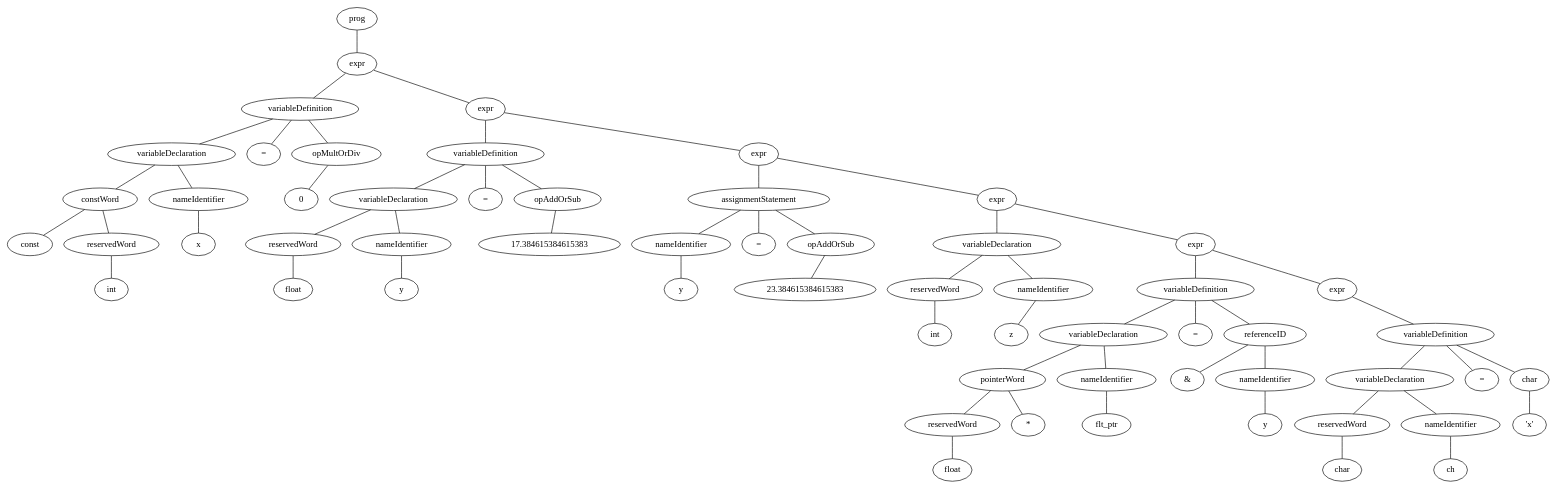
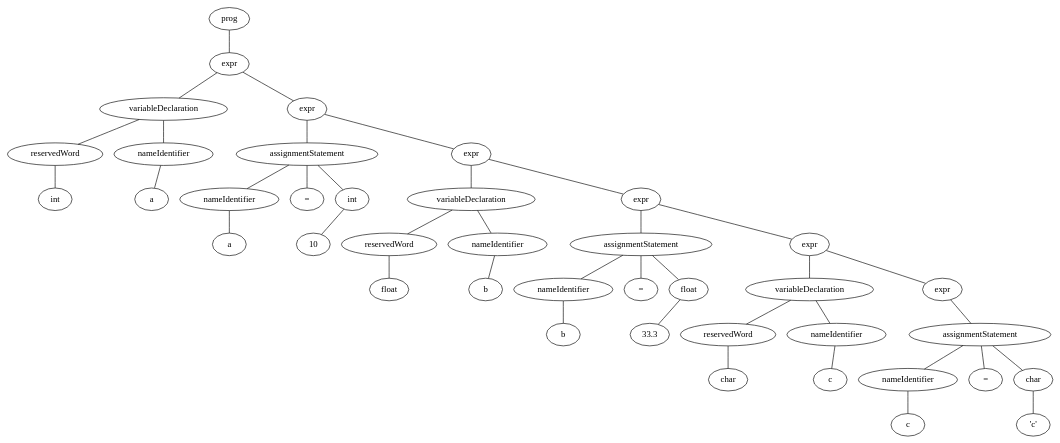
One commit to Marcel-aka-Satum/Compilers changed the diagram in TestenExpectedOutput/correctTests/variables.c.ast.dot. Above: the diagram before and after it, drawn with Graphviz. The commit also changed 75 other files, not shown here.

```diff
--- a/TestenExpectedOutput/correctTests/variables.c.ast.dot
+++ b/TestenExpectedOutput/correctTests/variables.c.ast.dot
@@ -1,121 +1,81 @@
 graph ast { 
-<AST.AST object at 0x7fc8c07edee0>[label="prog"] 
-<AST.AST object at 0x7fc8c072ce20>[label="expr"] 
-<AST.AST object at 0x7fc8c073f160>[label="variableDefinition"] 
-<AST.AST object at 0x7fc8c073f3a0>[label="variableDeclaration"] 
-<AST.AST object at 0x7fc8c073ff40>[label="constWord"] 
-<AST.AST object at 0x7fc8c072eaf0>[label="const"] 
-<AST.AST object at 0x7fc8c072ec10>[label="reservedWord"] 
-<AST.AST object at 0x7fc8c072e550>[label="int"] 
-<AST.AST object at 0x7fc8c072eb20>[label="nameIdentifier"] 
-<AST.AST object at 0x7fc8c072ebb0>[label="x"] 
-<AST.AST object at 0x7fc8c073f430>[label="="] 
-<AST.AST object at 0x7fc8c070c520>[label="opMultOrDiv"] 
-<AST.AST object at 0x7fc8c070cd00>[label="0"] 
-<AST.AST object at 0x7fc8c072c130>[label="expr"] 
-<AST.AST object at 0x7fc8c0734be0>[label="variableDefinition"] 
-<AST.AST object at 0x7fc8c07347c0>[label="variableDeclaration"] 
-<AST.AST object at 0x7fc8c0734430>[label="reservedWord"] 
-<AST.AST object at 0x7fc8c07343d0>[label="float"] 
-<AST.AST object at 0x7fc8c070e400>[label="nameIdentifier"] 
-<AST.AST object at 0x7fc8c070e160>[label="y"] 
-<AST.AST object at 0x7fc8c0734b80>[label="="] 
-<AST.AST object at 0x7fc8c070ef10>[label="opAddOrSub"] 
-<AST.AST object at 0x7fc8c070e430>[label="17.384615384615383"] 
-<AST.AST object at 0x7fc8c0734370>[label="expr"] 
-<AST.AST object at 0x7fc8c0704bb0>[label="assignmentStatement"] 
-<AST.AST object at 0x7fc8c07049d0>[label="nameIdentifier"] 
-<AST.AST object at 0x7fc8c0739340>[label="y"] 
-<AST.AST object at 0x7fc8c0704940>[label="="] 
-<AST.AST object at 0x7fc8c0739580>[label="opAddOrSub"] 
-<AST.AST object at 0x7fc8c0751310>[label="23.384615384615383"] 
-<AST.AST object at 0x7fc8c0704ca0>[label="expr"] 
-<AST.AST object at 0x7fc8c0732190>[label="variableDeclaration"] 
-<AST.AST object at 0x7fc8c0732ee0>[label="reservedWord"] 
-<AST.AST object at 0x7fc8c07320a0>[label="int"] 
-<AST.AST object at 0x7fc8c0732ca0>[label="nameIdentifier"] 
-<AST.AST object at 0x7fc8c07327c0>[label="z"] 
-<AST.AST object at 0x7fc8c0732610>[label="expr"] 
-<AST.AST object at 0x7fc8c075c7f0>[label="variableDefinition"] 
-<AST.AST object at 0x7fc8c075c0a0>[label="variableDeclaration"] 
-<AST.AST object at 0x7fc8c075c310>[label="pointerWord"] 
-<AST.AST object at 0x7fc8c0701be0>[label="reservedWord"] 
-<AST.AST object at 0x7fc8c0701cd0>[label="float"] 
-<AST.AST object at 0x7fc8c0701070>[label="*"] 
-<AST.AST object at 0x7fc8c0701370>[label="nameIdentifier"] 
-<AST.AST object at 0x7fc8c07014c0>[label="flt_ptr"] 
-<AST.AST object at 0x7fc8c075c910>[label="="] 
-<AST.AST object at 0x7fc8c0701a60>[label="referenceID"] 
-<AST.AST object at 0x7fc8c07012b0>[label="&"] 
-<AST.AST object at 0x7fc8c0750c70>[label="nameIdentifier"] 
-<AST.AST object at 0x7fc8c0750be0>[label="y"] 
-<AST.AST object at 0x7fc8c075c2e0>[label="expr"] 
-<AST.AST object at 0x7fc8c073b3a0>[label="variableDefinition"] 
-<AST.AST object at 0x7fc8c073b040>[label="variableDeclaration"] 
-<AST.AST object at 0x7fc8c073b7f0>[label="reservedWord"] 
-<AST.AST object at 0x7fc8c073b730>[label="char"] 
-<AST.AST object at 0x7fc8c073b760>[label="nameIdentifier"] 
-<AST.AST object at 0x7fc8c073b610>[label="ch"] 
-<AST.AST object at 0x7fc8c073b220>[label="="] 
-<AST.AST object at 0x7fc8c07dff10>[label="char"] 
-<AST.AST object at 0x7fc8c07df130>[label="'x'"] 
-<AST.AST object at 0x7fc8c07edee0> -- <AST.AST object at 0x7fc8c072ce20>
-<AST.AST object at 0x7fc8c072ce20> -- <AST.AST object at 0x7fc8c073f160>
-<AST.AST object at 0x7fc8c073f160> -- <AST.AST object at 0x7fc8c073f3a0>
-<AST.AST object at 0x7fc8c073f3a0> -- <AST.AST object at 0x7fc8c073ff40>
-<AST.AST object at 0x7fc8c073ff40> -- <AST.AST object at 0x7fc8c072eaf0>
-<AST.AST object at 0x7fc8c073ff40> -- <AST.AST object at 0x7fc8c072ec10>
-<AST.AST object at 0x7fc8c072ec10> -- <AST.AST object at 0x7fc8c072e550>
-<AST.AST object at 0x7fc8c073f3a0> -- <AST.AST object at 0x7fc8c072eb20>
-<AST.AST object at 0x7fc8c072eb20> -- <AST.AST object at 0x7fc8c072ebb0>
-<AST.AST object at 0x7fc8c073f160> -- <AST.AST object at 0x7fc8c073f430>
-<AST.AST object at 0x7fc8c073f160> -- <AST.AST object at 0x7fc8c070c520>
-<AST.AST object at 0x7fc8c070c520> -- <AST.AST object at 0x7fc8c070cd00>
-<AST.AST object at 0x7fc8c072ce20> -- <AST.AST object at 0x7fc8c072c130>
-<AST.AST object at 0x7fc8c072c130> -- <AST.AST object at 0x7fc8c0734be0>
-<AST.AST object at 0x7fc8c0734be0> -- <AST.AST object at 0x7fc8c07347c0>
-<AST.AST object at 0x7fc8c07347c0> -- <AST.AST object at 0x7fc8c0734430>
-<AST.AST object at 0x7fc8c0734430> -- <AST.AST object at 0x7fc8c07343d0>
-<AST.AST object at 0x7fc8c07347c0> -- <AST.AST object at 0x7fc8c070e400>
-<AST.AST object at 0x7fc8c070e400> -- <AST.AST object at 0x7fc8c070e160>
-<AST.AST object at 0x7fc8c0734be0> -- <AST.AST object at 0x7fc8c0734b80>
-<AST.AST object at 0x7fc8c0734be0> -- <AST.AST object at 0x7fc8c070ef10>
-<AST.AST object at 0x7fc8c070ef10> -- <AST.AST object at 0x7fc8c070e430>
-<AST.AST object at 0x7fc8c072c130> -- <AST.AST object at 0x7fc8c0734370>
-<AST.AST object at 0x7fc8c0734370> -- <AST.AST object at 0x7fc8c0704bb0>
-<AST.AST object at 0x7fc8c0704bb0> -- <AST.AST object at 0x7fc8c07049d0>
-<AST.AST object at 0x7fc8c07049d0> -- <AST.AST object at 0x7fc8c0739340>
-<AST.AST object at 0x7fc8c0704bb0> -- <AST.AST object at 0x7fc8c0704940>
-<AST.AST object at 0x7fc8c0704bb0> -- <AST.AST object at 0x7fc8c0739580>
-<AST.AST object at 0x7fc8c0739580> -- <AST.AST object at 0x7fc8c0751310>
-<AST.AST object at 0x7fc8c0734370> -- <AST.AST object at 0x7fc8c0704ca0>
-<AST.AST object at 0x7fc8c0704ca0> -- <AST.AST object at 0x7fc8c0732190>
-<AST.AST object at 0x7fc8c0732190> -- <AST.AST object at 0x7fc8c0732ee0>
-<AST.AST object at 0x7fc8c0732ee0> -- <AST.AST object at 0x7fc8c07320a0>
-<AST.AST object at 0x7fc8c0732190> -- <AST.AST object at 0x7fc8c0732ca0>
-<AST.AST object at 0x7fc8c0732ca0> -- <AST.AST object at 0x7fc8c07327c0>
-<AST.AST object at 0x7fc8c0704ca0> -- <AST.AST object at 0x7fc8c0732610>
-<AST.AST object at 0x7fc8c0732610> -- <AST.AST object at 0x7fc8c075c7f0>
-<AST.AST object at 0x7fc8c075c7f0> -- <AST.AST object at 0x7fc8c075c0a0>
-<AST.AST object at 0x7fc8c075c0a0> -- <AST.AST object at 0x7fc8c075c310>
-<AST.AST object at 0x7fc8c075c310> -- <AST.AST object at 0x7fc8c0701be0>
-<AST.AST object at 0x7fc8c0701be0> -- <AST.AST object at 0x7fc8c0701cd0>
-<AST.AST object at 0x7fc8c075c310> -- <AST.AST object at 0x7fc8c0701070>
-<AST.AST object at 0x7fc8c075c0a0> -- <AST.AST object at 0x7fc8c0701370>
-<AST.AST object at 0x7fc8c0701370> -- <AST.AST object at 0x7fc8c07014c0>
-<AST.AST object at 0x7fc8c075c7f0> -- <AST.AST object at 0x7fc8c075c910>
-<AST.AST object at 0x7fc8c075c7f0> -- <AST.AST object at 0x7fc8c0701a60>
-<AST.AST object at 0x7fc8c0701a60> -- <AST.AST object at 0x7fc8c07012b0>
-<AST.AST object at 0x7fc8c0701a60> -- <AST.AST object at 0x7fc8c0750c70>
-<AST.AST object at 0x7fc8c0750c70> -- <AST.AST object at 0x7fc8c0750be0>
-<AST.AST object at 0x7fc8c0732610> -- <AST.AST object at 0x7fc8c075c2e0>
-<AST.AST object at 0x7fc8c075c2e0> -- <AST.AST object at 0x7fc8c073b3a0>
-<AST.AST object at 0x7fc8c073b3a0> -- <AST.AST object at 0x7fc8c073b040>
-<AST.AST object at 0x7fc8c073b040> -- <AST.AST object at 0x7fc8c073b7f0>
-<AST.AST object at 0x7fc8c073b7f0> -- <AST.AST object at 0x7fc8c073b730>
-<AST.AST object at 0x7fc8c073b040> -- <AST.AST object at 0x7fc8c073b760>
-<AST.AST object at 0x7fc8c073b760> -- <AST.AST object at 0x7fc8c073b610>
-<AST.AST object at 0x7fc8c073b3a0> -- <AST.AST object at 0x7fc8c073b220>
-<AST.AST object at 0x7fc8c073b3a0> -- <AST.AST object at 0x7fc8c07dff10>
-<AST.AST object at 0x7fc8c07dff10> -- <AST.AST object at 0x7fc8c07df130>
+<AST.AST object at 0x7f588ee6a880>[label="prog"] 
+<AST.AST object at 0x7f588eebc760>[label="expr"] 
+<AST.AST object at 0x7f588eeb11f0>[label="variableDeclaration"] 
+<AST.AST object at 0x7f588eeb1310>[label="reservedWord"] 
+<AST.AST object at 0x7f588eeb1ee0>[label="int"] 
+<AST.AST object at 0x7f588ee9e070>[label="nameIdentifier"] 
+<AST.AST object at 0x7f588ee9ea00>[label="a"] 
+<AST.AST object at 0x7f588eeb14c0>[label="expr"] 
+<AST.AST object at 0x7f588ee9e3a0>[label="assignmentStatement"] 
+<AST.AST object at 0x7f588ee9ed90>[label="nameIdentifier"] 
+<AST.AST object at 0x7f588ef0fd00>[label="a"] 
+<AST.AST object at 0x7f588ee9e100>[label="="] 
+<AST.AST object at 0x7f588ef0f4f0>[label="int"] 
+<AST.AST object at 0x7f588ef0f3d0>[label="10"] 
+<AST.AST object at 0x7f588ee9e790>[label="expr"] 
+<AST.AST object at 0x7f588ef139d0>[label="variableDeclaration"] 
+<AST.AST object at 0x7f588ef131f0>[label="reservedWord"] 
+<AST.AST object at 0x7f588ef138b0>[label="float"] 
+<AST.AST object at 0x7f588ef130a0>[label="nameIdentifier"] 
+<AST.AST object at 0x7f588ef13cd0>[label="b"] 
+<AST.AST object at 0x7f588eea7ac0>[label="expr"] 
+<AST.AST object at 0x7f588ef13670>[label="assignmentStatement"] 
+<AST.AST object at 0x7f588ef1c4f0>[label="nameIdentifier"] 
+<AST.AST object at 0x7f588ef1c640>[label="b"] 
+<AST.AST object at 0x7f588ef1c6d0>[label="="] 
+<AST.AST object at 0x7f588ef1c520>[label="float"] 
+<AST.AST object at 0x7f588eeac1c0>[label="33.3"] 
+<AST.AST object at 0x7f588ef13610>[label="expr"] 
+<AST.AST object at 0x7f588eeace50>[label="variableDeclaration"] 
+<AST.AST object at 0x7f588ef0b040>[label="reservedWord"] 
+<AST.AST object at 0x7f588ef0b190>[label="char"] 
+<AST.AST object at 0x7f588ef0bf40>[label="nameIdentifier"] 
+<AST.AST object at 0x7f588ef0b2e0>[label="c"] 
+<AST.AST object at 0x7f588eeac250>[label="expr"] 
+<AST.AST object at 0x7f588ef0b940>[label="assignmentStatement"] 
+<AST.AST object at 0x7f588ef0b5e0>[label="nameIdentifier"] 
+<AST.AST object at 0x7f588ef0bdf0>[label="c"] 
+<AST.AST object at 0x7f588ef0b280>[label="="] 
+<AST.AST object at 0x7f588eeae460>[label="char"] 
+<AST.AST object at 0x7f588eeae850>[label="'c'"] 
+<AST.AST object at 0x7f588ee6a880> -- <AST.AST object at 0x7f588eebc760>
+<AST.AST object at 0x7f588eebc760> -- <AST.AST object at 0x7f588eeb11f0>
+<AST.AST object at 0x7f588eeb11f0> -- <AST.AST object at 0x7f588eeb1310>
+<AST.AST object at 0x7f588eeb1310> -- <AST.AST object at 0x7f588eeb1ee0>
+<AST.AST object at 0x7f588eeb11f0> -- <AST.AST object at 0x7f588ee9e070>
+<AST.AST object at 0x7f588ee9e070> -- <AST.AST object at 0x7f588ee9ea00>
+<AST.AST object at 0x7f588eebc760> -- <AST.AST object at 0x7f588eeb14c0>
+<AST.AST object at 0x7f588eeb14c0> -- <AST.AST object at 0x7f588ee9e3a0>
+<AST.AST object at 0x7f588ee9e3a0> -- <AST.AST object at 0x7f588ee9ed90>
+<AST.AST object at 0x7f588ee9ed90> -- <AST.AST object at 0x7f588ef0fd00>
+<AST.AST object at 0x7f588ee9e3a0> -- <AST.AST object at 0x7f588ee9e100>
+<AST.AST object at 0x7f588ee9e3a0> -- <AST.AST object at 0x7f588ef0f4f0>
+<AST.AST object at 0x7f588ef0f4f0> -- <AST.AST object at 0x7f588ef0f3d0>
+<AST.AST object at 0x7f588eeb14c0> -- <AST.AST object at 0x7f588ee9e790>
+<AST.AST object at 0x7f588ee9e790> -- <AST.AST object at 0x7f588ef139d0>
+<AST.AST object at 0x7f588ef139d0> -- <AST.AST object at 0x7f588ef131f0>
+<AST.AST object at 0x7f588ef131f0> -- <AST.AST object at 0x7f588ef138b0>
+<AST.AST object at 0x7f588ef139d0> -- <AST.AST object at 0x7f588ef130a0>
+<AST.AST object at 0x7f588ef130a0> -- <AST.AST object at 0x7f588ef13cd0>
+<AST.AST object at 0x7f588ee9e790> -- <AST.AST object at 0x7f588eea7ac0>
+<AST.AST object at 0x7f588eea7ac0> -- <AST.AST object at 0x7f588ef13670>
+<AST.AST object at 0x7f588ef13670> -- <AST.AST object at 0x7f588ef1c4f0>
+<AST.AST object at 0x7f588ef1c4f0> -- <AST.AST object at 0x7f588ef1c640>
+<AST.AST object at 0x7f588ef13670> -- <AST.AST object at 0x7f588ef1c6d0>
+<AST.AST object at 0x7f588ef13670> -- <AST.AST object at 0x7f588ef1c520>
+<AST.AST object at 0x7f588ef1c520> -- <AST.AST object at 0x7f588eeac1c0>
+<AST.AST object at 0x7f588eea7ac0> -- <AST.AST object at 0x7f588ef13610>
+<AST.AST object at 0x7f588ef13610> -- <AST.AST object at 0x7f588eeace50>
+<AST.AST object at 0x7f588eeace50> -- <AST.AST object at 0x7f588ef0b040>
+<AST.AST object at 0x7f588ef0b040> -- <AST.AST object at 0x7f588ef0b190>
+<AST.AST object at 0x7f588eeace50> -- <AST.AST object at 0x7f588ef0bf40>
+<AST.AST object at 0x7f588ef0bf40> -- <AST.AST object at 0x7f588ef0b2e0>
+<AST.AST object at 0x7f588ef13610> -- <AST.AST object at 0x7f588eeac250>
+<AST.AST object at 0x7f588eeac250> -- <AST.AST object at 0x7f588ef0b940>
+<AST.AST object at 0x7f588ef0b940> -- <AST.AST object at 0x7f588ef0b5e0>
+<AST.AST object at 0x7f588ef0b5e0> -- <AST.AST object at 0x7f588ef0bdf0>
+<AST.AST object at 0x7f588ef0b940> -- <AST.AST object at 0x7f588ef0b280>
+<AST.AST object at 0x7f588ef0b940> -- <AST.AST object at 0x7f588eeae460>
+<AST.AST object at 0x7f588eeae460> -- <AST.AST object at 0x7f588eeae850>
 }
```
